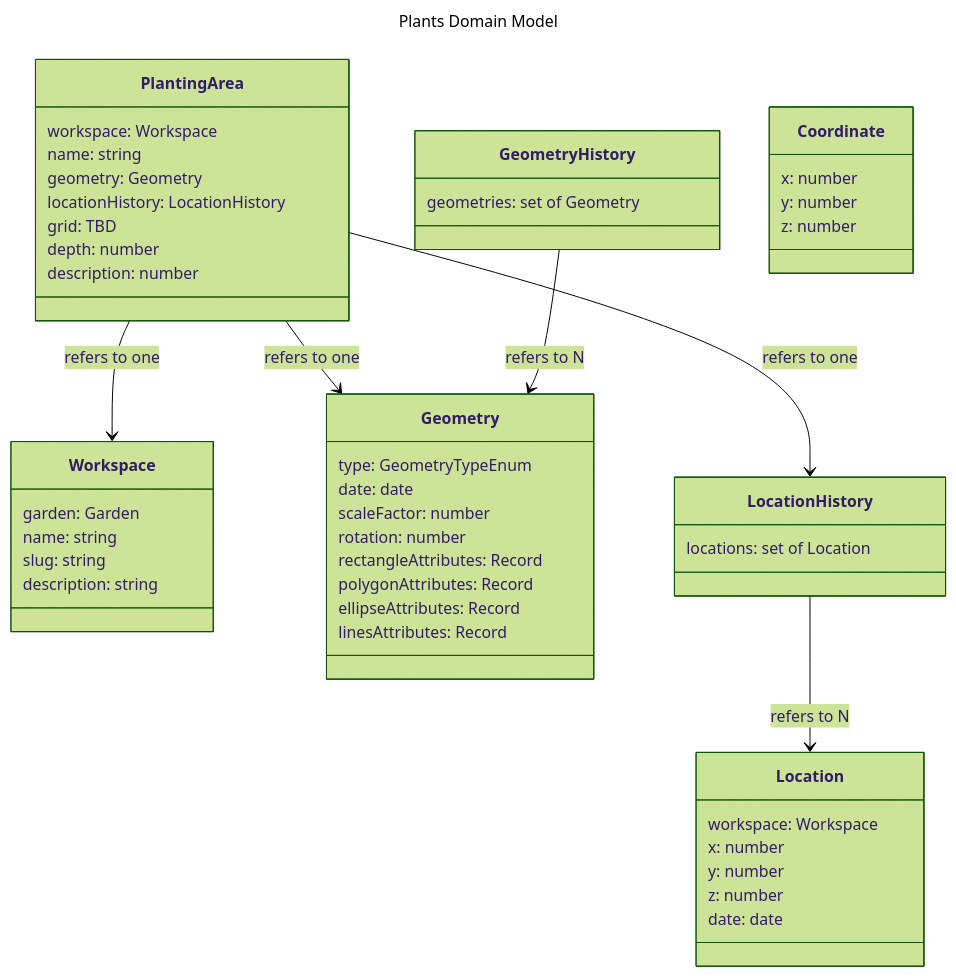
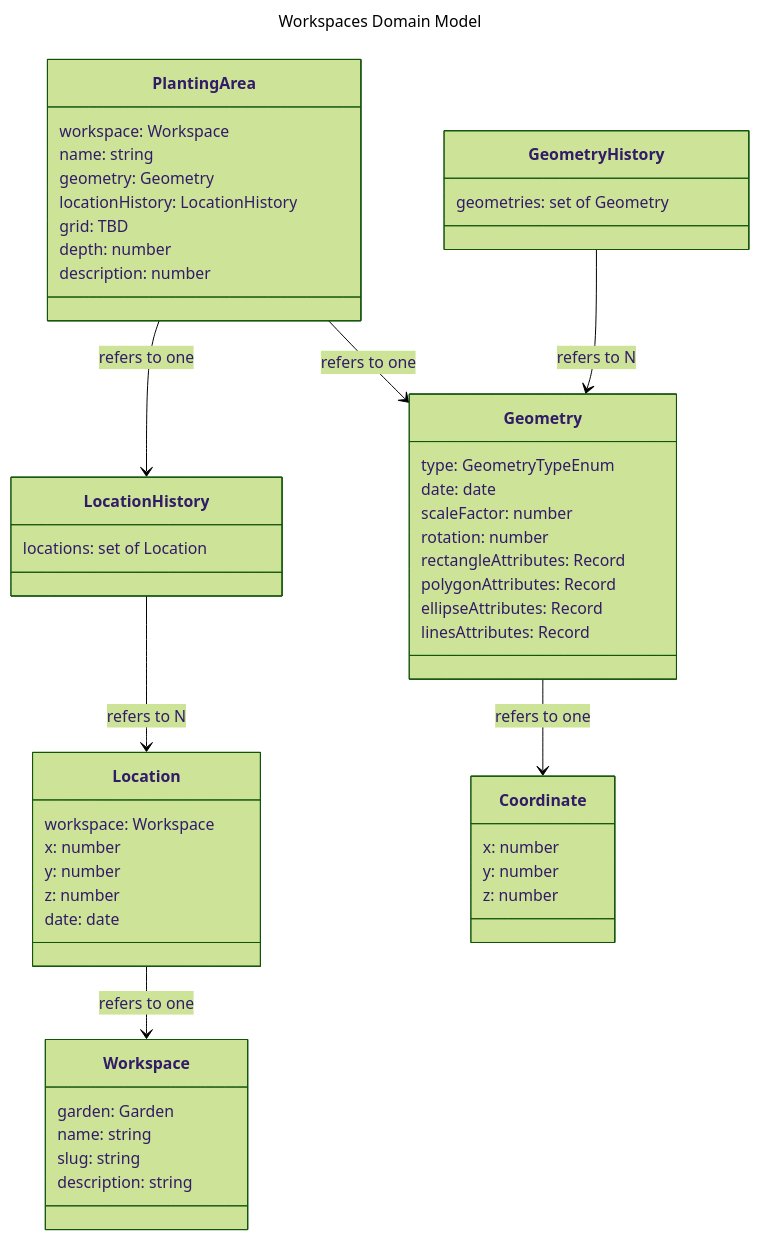
Before and after one commit to Verdagraph/Webapp: the diagram in docs/workspaces/models.md, drawn with Mermaid (forest theme). The commit also changed 155 other files, not shown here.

````diff
--- a/docs/workspaces/models.md
+++ b/docs/workspaces/models.md
@@ -7,57 +7,58 @@
 ```mermaid
 ---
-title: Plants Domain Model
+title: Workspaces Domain Model
 ---
 classDiagram
 
-    PlantingArea --> Workspace : refers to one
     PlantingArea --> Geometry : refers to one
     PlantingArea --> LocationHistory : refers to one
     LocationHistory --> Location : refers to N
+    Location --> Workspace : refers to one
     GeometryHistory --> Geometry : refers to N
+    Geometry --> Coordinate : refers to one
 
     class Workspace{
         garden: Garden
         name: string
         slug: string
         description: string
     }
     class PlantingArea{
         workspace: Workspace
         name: string
         geometry: Geometry
         locationHistory: LocationHistory
         grid: TBD
         depth: number
         description: number
     }
     class Geometry {
         type: GeometryTypeEnum
         date: date
         scaleFactor: number
         rotation: number
         rectangleAttributes: Record
         polygonAttributes: Record
         ellipseAttributes: Record
         linesAttributes: Record
     }
     class GeometryHistory {
         geometries: set of Geometry
     }
     class Location {
         workspace: Workspace
         x: number
         y: number
         z: number
         date: date
     }
     class LocationHistory {
         locations: set of Location
     }
     class Coordinate {
         x: number
         y: number
         z: number
     }
 
 ```
````
